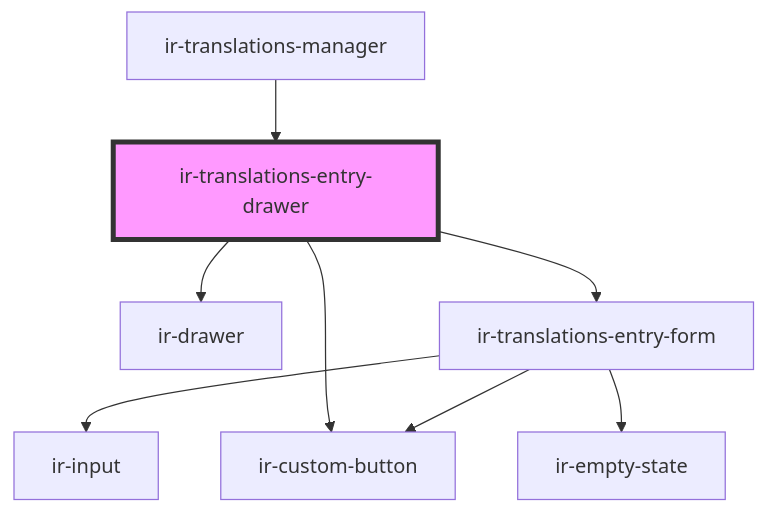
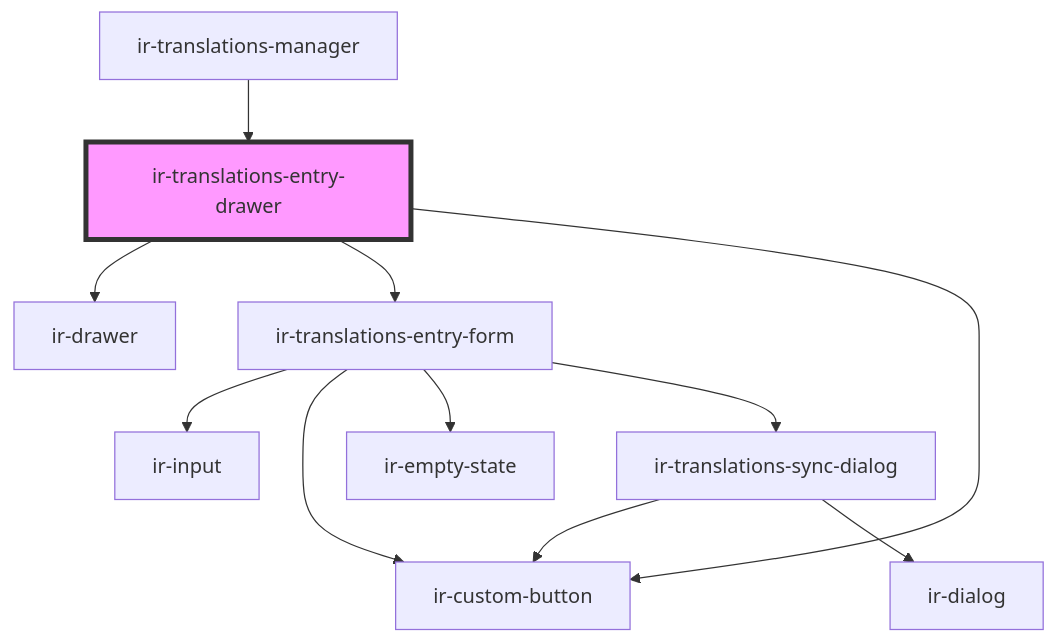
Before and after one commit to RonyRizk/ir-webcmp: the diagram in src/components/ir-translations-manager/ir-translations-entry-drawer/readme.md, drawn with Mermaid. The commit also changed other lines of this file and 17 other files, not shown here.

````diff
--- a/src/components/ir-translations-manager/ir-translations-entry-drawer/readme.md
+++ b/src/components/ir-translations-manager/ir-translations-entry-drawer/readme.md
@@ -50,11 +48,14 @@
 ```mermaid
 graph TD;
   ir-translations-entry-drawer --> ir-drawer
   ir-translations-entry-drawer --> ir-translations-entry-form
   ir-translations-entry-drawer --> ir-custom-button
   ir-translations-entry-form --> ir-input
   ir-translations-entry-form --> ir-custom-button
   ir-translations-entry-form --> ir-empty-state
+  ir-translations-entry-form --> ir-translations-sync-dialog
+  ir-translations-sync-dialog --> ir-custom-button
+  ir-translations-sync-dialog --> ir-dialog
   ir-translations-manager --> ir-translations-entry-drawer
   style ir-translations-entry-drawer fill:#f9f,stroke:#333,stroke-width:4px
 ```
````
